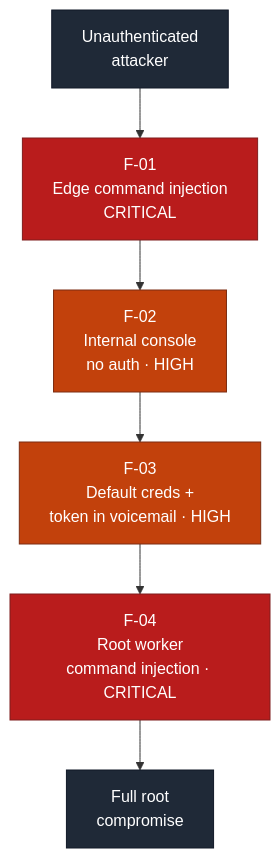
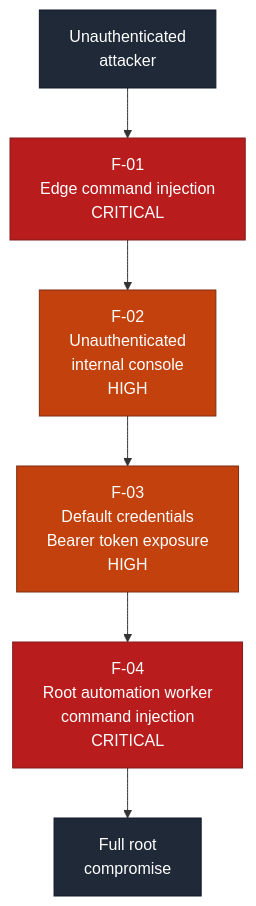
One commit to ouroboros-white/cybersecurity-portfolio changed the first of 2 diagrams in reports/command-injection-chain-2026-08.md. Above: the diagram before and after it, drawn with Mermaid.

Commit message:
docs: formalise Infinity Pool management diagram node labels
Client-ready wording: 'Unauthenticated internal console', 'Default credentials /
Bearer token exposure', 'Root automation worker / command injection'.

````diff
--- a/reports/command-injection-chain-2026-08.md
+++ b/reports/command-injection-chain-2026-08.md
@@ -55,14 +55,14 @@
 ```mermaid
 flowchart TD
     S["Unauthenticated<br/>attacker"] --> F1["F-01<br/>Edge command injection<br/>CRITICAL"]
-    F1 --> F2["F-02<br/>Internal console<br/>no auth · HIGH"]
-    F2 --> F3["F-03<br/>Default creds +<br/>token in voicemail · HIGH"]
-    F3 --> F4["F-04<br/>Root worker<br/>command injection · CRITICAL"]
+    F1 --> F2["F-02<br/>Unauthenticated<br/>internal console<br/>HIGH"]
+    F2 --> F3["F-03<br/>Default credentials<br/>Bearer token exposure<br/>HIGH"]
+    F3 --> F4["F-04<br/>Root automation worker<br/>command injection<br/>CRITICAL"]
     F4 --> R["Full root<br/>compromise"]
     classDef crit fill:#b91c1c,stroke:#7f1d1d,color:#ffffff;
     classDef high fill:#c2410c,stroke:#7c2d12,color:#ffffff;
     classDef term fill:#1f2937,stroke:#111827,color:#ffffff;
     class F1,F4 crit;
     class F2,F3 high;
     class S,R term;
 ```
````
